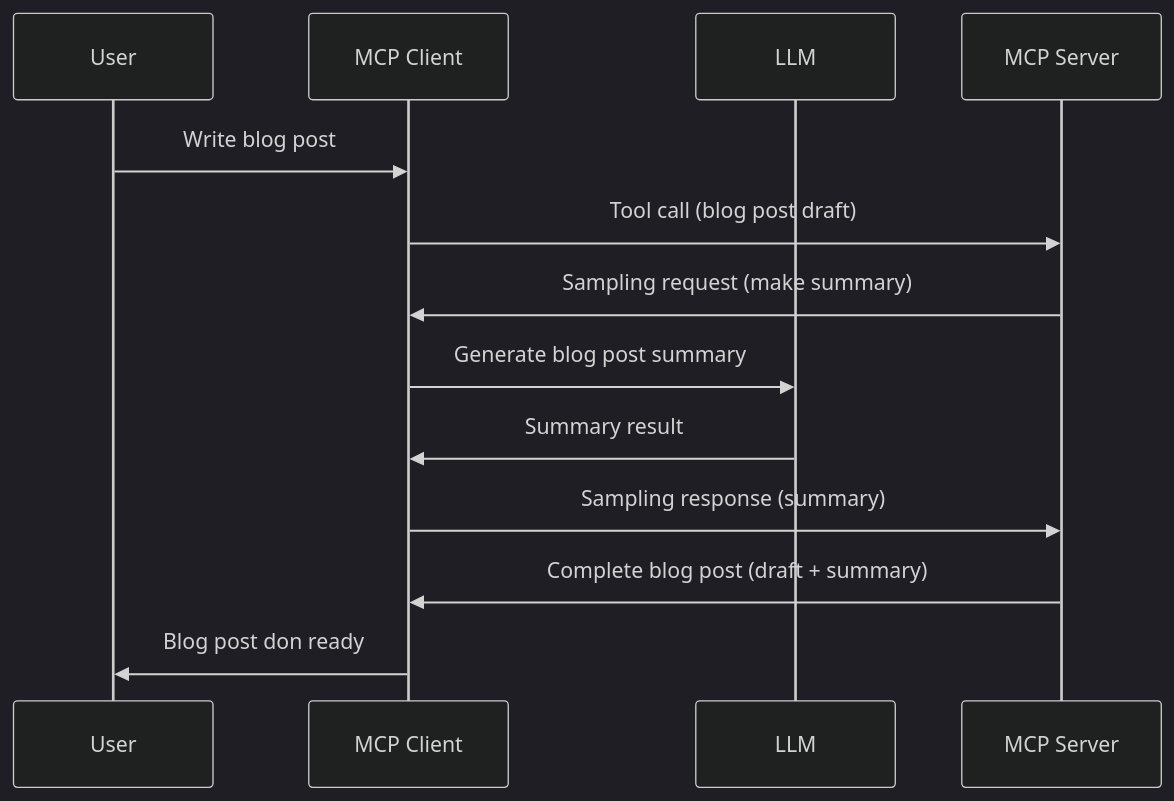
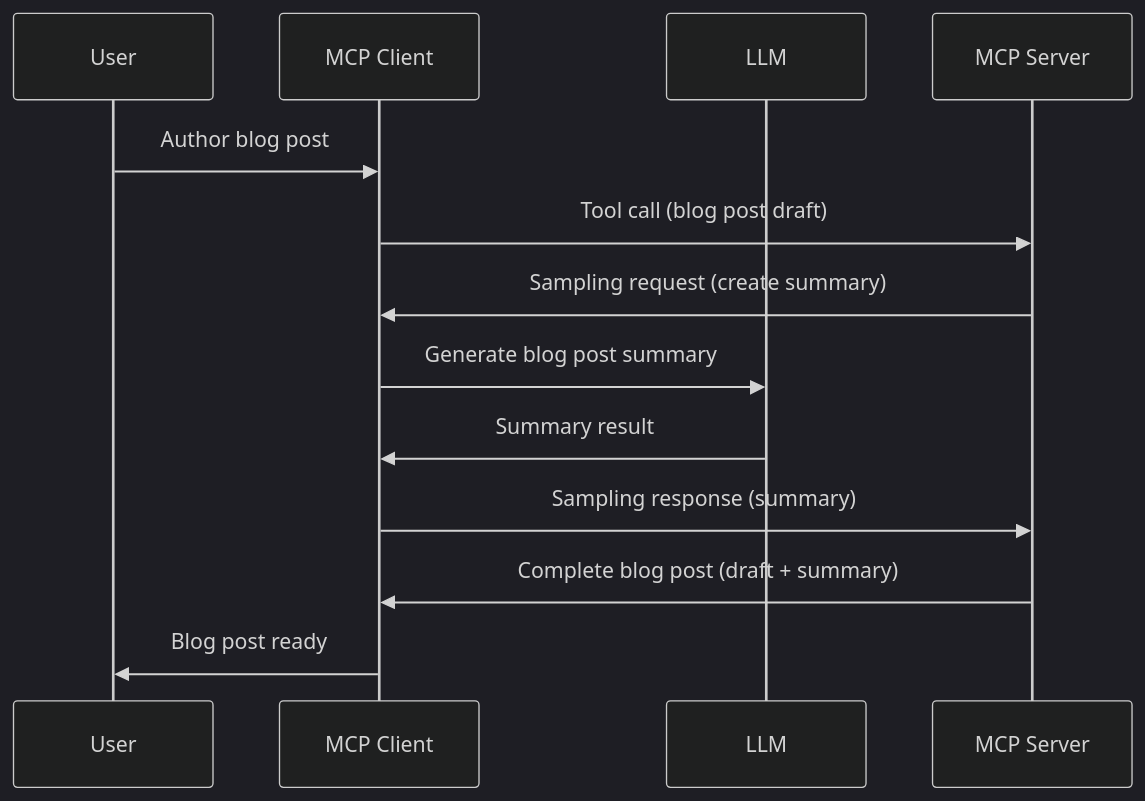
Before and after one commit to HIDORAKAI002/ai-workspace-archive: the diagram in mcp_ecosystem__model_context_protocol/mcp_learning_resources/mcp-for-beginners/translations/pcm/03-GettingStarted/14-sampling/README.md, drawn with Mermaid (dark theme). The commit also changed other lines of this file and 5721 other files, not shown here.

Commit message:
chore(sync): update MCP Python SDK, MCP TypeScript SDK, Supabase MCP, Kubernetes MCP Server, Git MCP, MCP Agent, Awesome ChatGPT Prompts, Langfuse, +62 more

````diff
--- a/mcp_ecosystem__model_context_protocol/mcp_learning_resources/mcp-for-beginners/translations/pcm/03-GettingStarted/14-sampling/README.md
+++ b/mcp_ecosystem__model_context_protocol/mcp_learning_resources/mcp-for-beginners/translations/pcm/03-GettingStarted/14-sampling/README.md
@@ -25,16 +27,16 @@
 ```mermaid
 sequenceDiagram
     participant User
     participant MCP Client
     participant LLM
     participant MCP Server
 
-    User->>MCP Client: Write blog post
+    User->>MCP Client: Author blog post
     MCP Client->>MCP Server: Tool call (blog post draft)
-    MCP Server->>MCP Client: Sampling request (make summary)
+    MCP Server->>MCP Client: Sampling request (create summary)
     MCP Client->>LLM: Generate blog post summary
     LLM->>MCP Client: Summary result
     MCP Client->>MCP Server: Sampling response (summary)
     MCP Server->>MCP Client: Complete blog post (draft + summary)
-    MCP Client->>User: Blog post don ready
+    MCP Client->>User: Blog post ready
 ```
````
